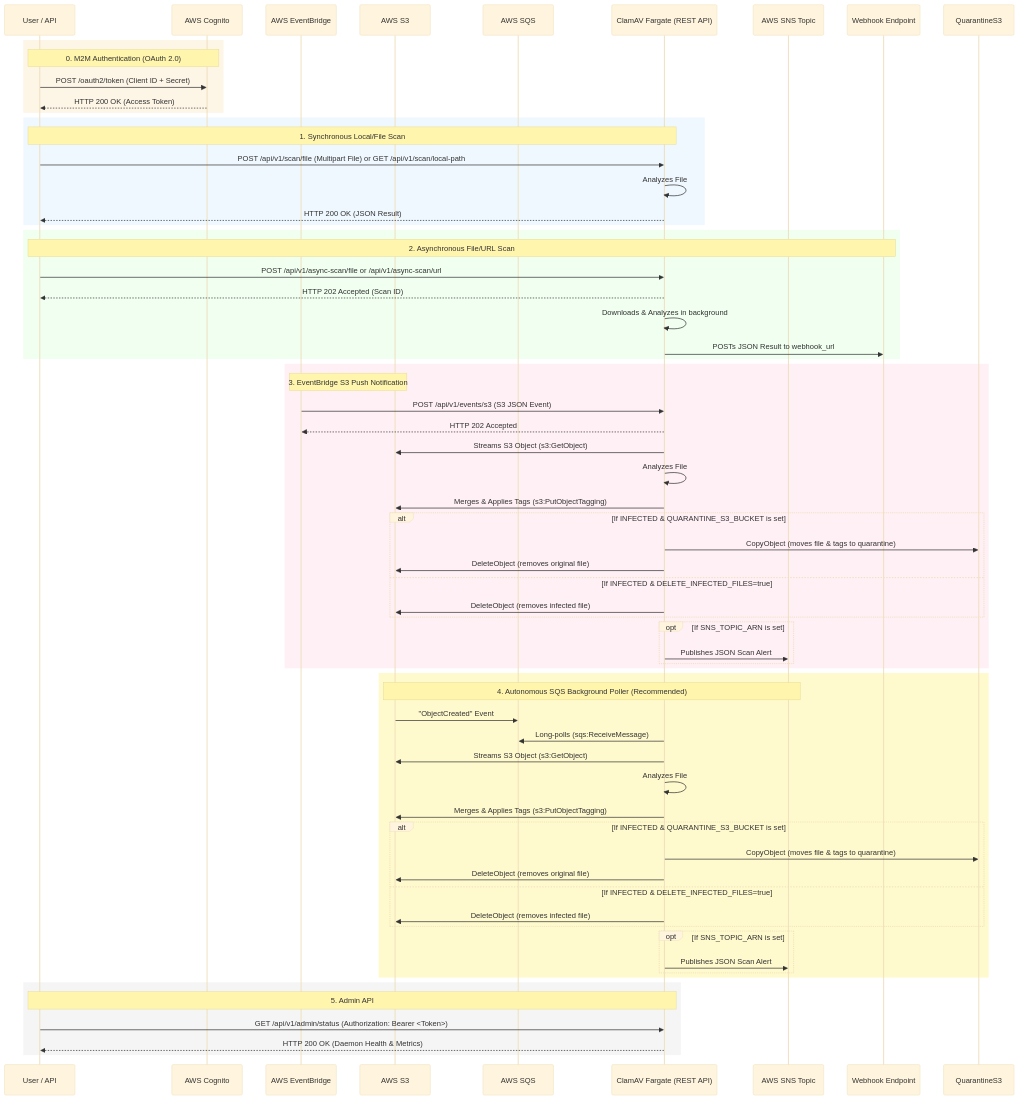
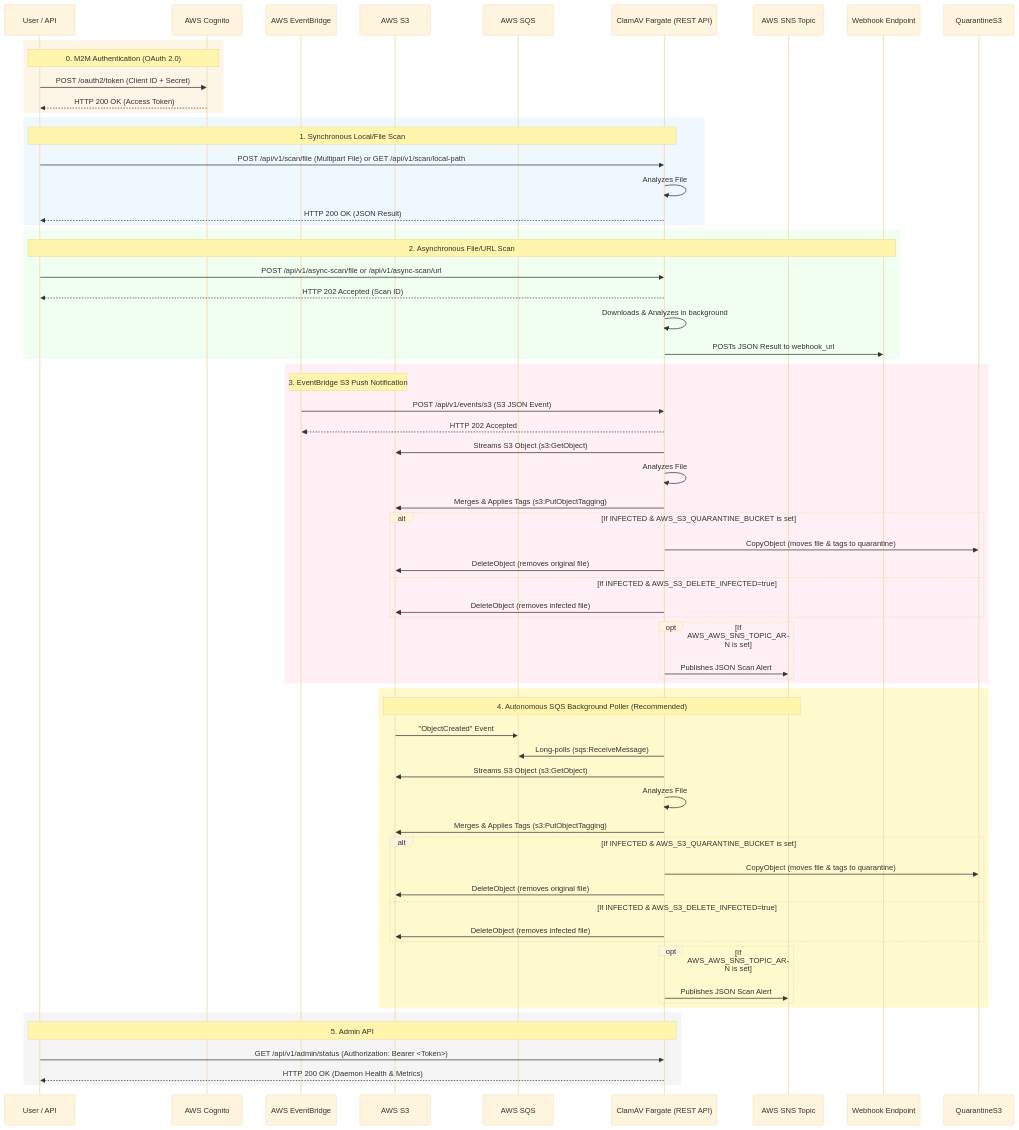
One commit to amithalder21/clamav-restapi changed the diagram in README.md. Above: the diagram before and after it, drawn with Mermaid (base theme). The commit also changed other lines of this file and 8 other files, not shown here.

````diff
--- a/README.md
+++ b/README.md
@@ -37,80 +37,80 @@
 ```mermaid
 sequenceDiagram
     participant Client as User / API
     participant Cognito as AWS Cognito
     participant EventBridge as AWS EventBridge
     participant S3 as AWS S3
     participant SQS as AWS SQS
     participant ClamAV as ClamAV Fargate (REST API)
     participant SNS as AWS SNS Topic
     participant Webhook as Webhook Endpoint
 
     %% 0. M2M Authentication (Client Credentials Grant)
     rect rgb(253, 245, 230)
         Note over Client, Cognito: 0. M2M Authentication (OAuth 2.0)
         Client->>Cognito: POST /oauth2/token (Client ID + Secret)
         Cognito-->>Client: HTTP 200 OK (Access Token)
     end
 
     %% 1. Synchronous Scan
     rect rgb(240, 248, 255)
         Note over Client, ClamAV: 1. Synchronous Local/File Scan
         Client->>ClamAV: POST /api/v1/scan/file (Multipart File) or GET /api/v1/scan/local-path
         ClamAV->>ClamAV: Analyzes File
         ClamAV-->>Client: HTTP 200 OK (JSON Result)
     end
 
     %% 2. Asynchronous Scan
     rect rgb(240, 255, 240)
         Note over Client, Webhook: 2. Asynchronous File/URL Scan
         Client->>ClamAV: POST /api/v1/async-scan/file or /api/v1/async-scan/url
         ClamAV-->>Client: HTTP 202 Accepted (Scan ID)
         ClamAV->>ClamAV: Downloads & Analyzes in background
         ClamAV->>Webhook: POSTs JSON Result to webhook_url
     end
 
     %% 3. Event-Driven S3 Push (EventBridge)
     rect rgb(255, 240, 245)
         Note over EventBridge, S3: 3. EventBridge S3 Push Notification
         EventBridge->>ClamAV: POST /api/v1/events/s3 (S3 JSON Event)
         ClamAV-->>EventBridge: HTTP 202 Accepted
         ClamAV->>S3: Streams S3 Object (s3:GetObject)
         ClamAV->>ClamAV: Analyzes File
         ClamAV->>S3: Merges & Applies Tags (s3:PutObjectTagging)
-        alt If INFECTED & QUARANTINE_S3_BUCKET is set
+        alt If INFECTED & AWS_S3_QUARANTINE_BUCKET is set
             ClamAV->>QuarantineS3: CopyObject (moves file & tags to quarantine)
             ClamAV->>S3: DeleteObject (removes original file)
-        else If INFECTED & DELETE_INFECTED_FILES=true
+        else If INFECTED & AWS_S3_DELETE_INFECTED=true
             ClamAV->>S3: DeleteObject (removes infected file)
         end
-        opt If SNS_TOPIC_ARN is set
+        opt If AWS_AWS_SNS_TOPIC_ARN is set
             ClamAV->>SNS: Publishes JSON Scan Alert
         end
     end
 
     %% 4. Event-Driven SQS Pull (Autonomous)
     rect rgb(255, 250, 205)
         Note over S3, SNS: 4. Autonomous SQS Background Poller (Recommended)
         S3->>SQS: "ObjectCreated" Event
         ClamAV->>SQS: Long-polls (sqs:ReceiveMessage)
         ClamAV->>S3: Streams S3 Object (s3:GetObject)
         ClamAV->>ClamAV: Analyzes File
         ClamAV->>S3: Merges & Applies Tags (s3:PutObjectTagging)
-        alt If INFECTED & QUARANTINE_S3_BUCKET is set
+        alt If INFECTED & AWS_S3_QUARANTINE_BUCKET is set
             ClamAV->>QuarantineS3: CopyObject (moves file & tags to quarantine)
             ClamAV->>S3: DeleteObject (removes original file)
-        else If INFECTED & DELETE_INFECTED_FILES=true
+        else If INFECTED & AWS_S3_DELETE_INFECTED=true
             ClamAV->>S3: DeleteObject (removes infected file)
         end
-        opt If SNS_TOPIC_ARN is set
+        opt If AWS_AWS_SNS_TOPIC_ARN is set
             ClamAV->>SNS: Publishes JSON Scan Alert
         end
     end
 
     %% 5. Admin API
     rect rgb(245, 245, 245)
         Note over Client, ClamAV: 5. Admin API
         Client->>ClamAV: GET /api/v1/admin/status (Authorization: Bearer <Token>)
         ClamAV-->>Client: HTTP 200 OK (Daemon Health & Metrics)
     end
 ```
````
